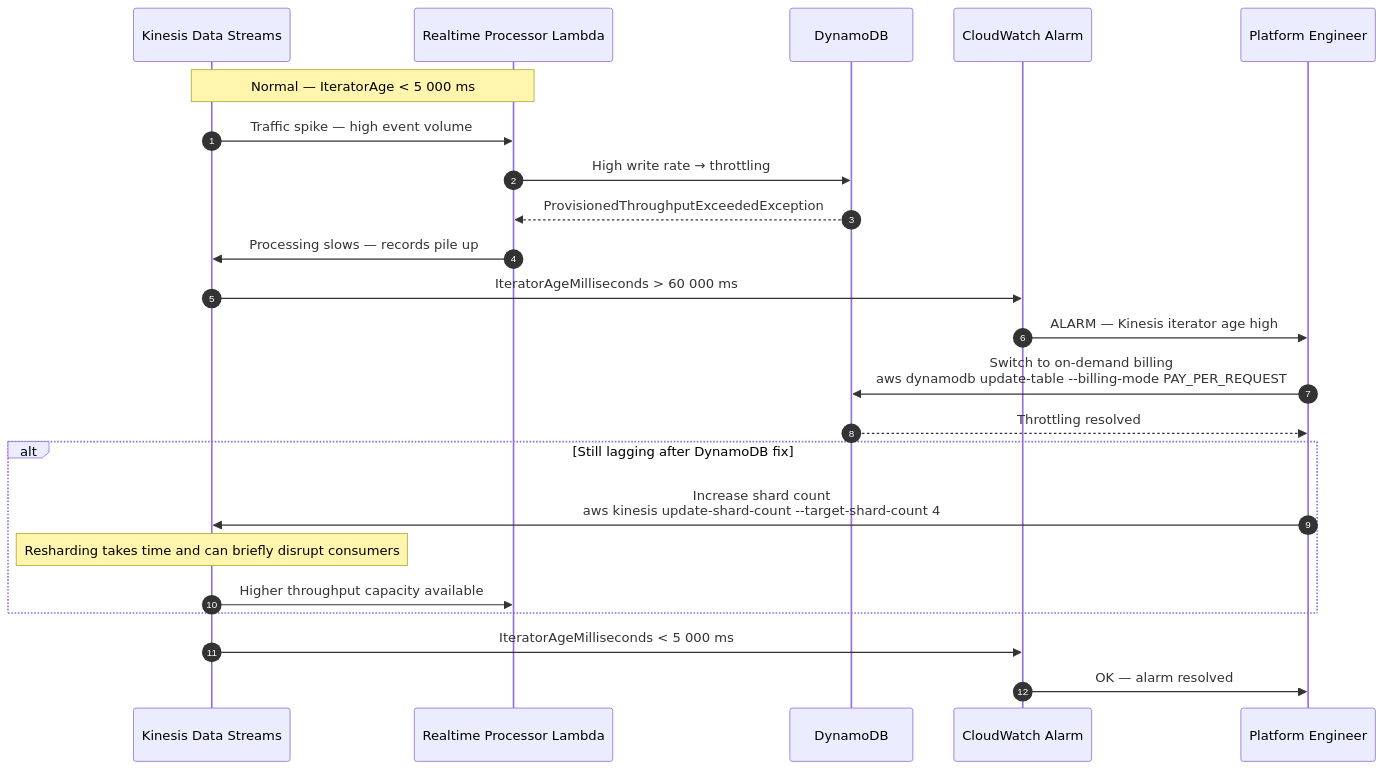
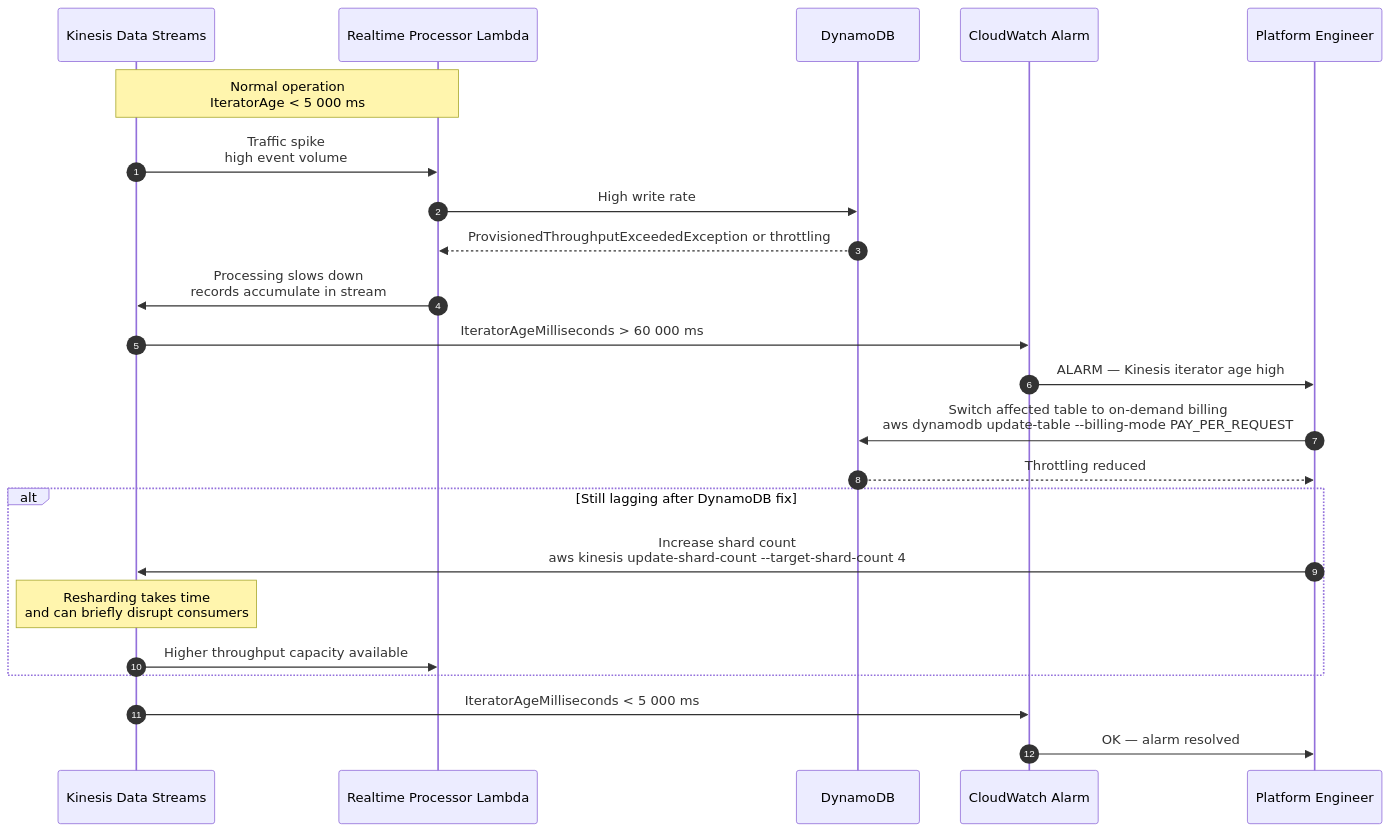
One commit to TalelKarim/realtime-media-analytics-platform changed the sixth of 6 diagrams in documentation/sequence-diagrams.md. Above: the diagram before and after it, drawn with Mermaid. The commit also changed other lines of this file and 2 other files, not shown here.

````diff
--- a/documentation/sequence-diagrams.md
+++ b/documentation/sequence-diagrams.md
@@ -222,31 +255,31 @@
 ```mermaid
 sequenceDiagram
   autonumber
   participant KDS as Kinesis Data Streams
   participant RTP as Realtime Processor Lambda
   participant DDB as DynamoDB
-  participant CW  as CloudWatch Alarm
+  participant CW as CloudWatch Alarm
   participant OPS as Platform Engineer
 
-  Note over KDS,RTP: Normal — IteratorAge < 5 000 ms
+  Note over KDS,RTP: Normal operation<br/>IteratorAge < 5 000 ms
 
-  KDS->>RTP: Traffic spike — high event volume
-  RTP->>DDB: High write rate → throttling
-  DDB-->>RTP: ProvisionedThroughputExceededException
+  KDS->>RTP: Traffic spike<br/>high event volume
+  RTP->>DDB: High write rate
+  DDB-->>RTP: ProvisionedThroughputExceededException or throttling
 
-  RTP->>KDS: Processing slows — records pile up
+  RTP->>KDS: Processing slows down<br/>records accumulate in stream
   KDS->>CW: IteratorAgeMilliseconds > 60 000 ms
   CW->>OPS: ALARM — Kinesis iterator age high
 
-  OPS->>DDB: Switch to on-demand billing<br/>aws dynamodb update-table --billing-mode PAY_PER_REQUEST
-  DDB-->>OPS: Throttling resolved
+  OPS->>DDB: Switch affected table to on-demand billing<br/>aws dynamodb update-table --billing-mode PAY_PER_REQUEST
+  DDB-->>OPS: Throttling reduced
 
   alt Still lagging after DynamoDB fix
     OPS->>KDS: Increase shard count<br/>aws kinesis update-shard-count --target-shard-count 4
-    Note over KDS: Resharding takes time and can briefly disrupt consumers
+    Note over KDS: Resharding takes time<br/>and can briefly disrupt consumers
     KDS->>RTP: Higher throughput capacity available
   end
 
   KDS->>CW: IteratorAgeMilliseconds < 5 000 ms
   CW->>OPS: OK — alarm resolved
 ```
````
